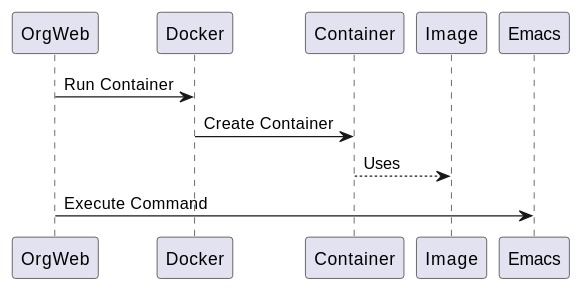
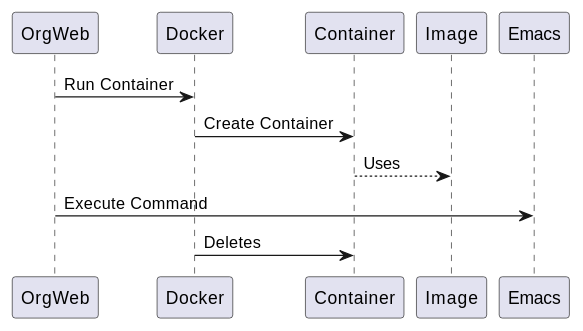
One commit to fgiasson/orgweb changed the second of 4 diagrams in README.org. Above: the diagram before and after it, drawn with PlantUML. The commit also changed other lines of this file and 1 other file, not shown here.

Commit message:
Fix typos & update schema

```diff
--- a/README.org
+++ b/README.org
@@ -62,8 +62,9 @@
 #+BEGIN_SRC plantuml :file imgs/orgweb_2.svg :exports results
 
 OrgWeb -> Docker: Run Container
 Docker -> Container: Create Container
 Image <-- Container: Uses
 OrgWeb -> Emacs: Execute Command
+Docker -> Container: Deletes
 
 #+END_SRC
```
